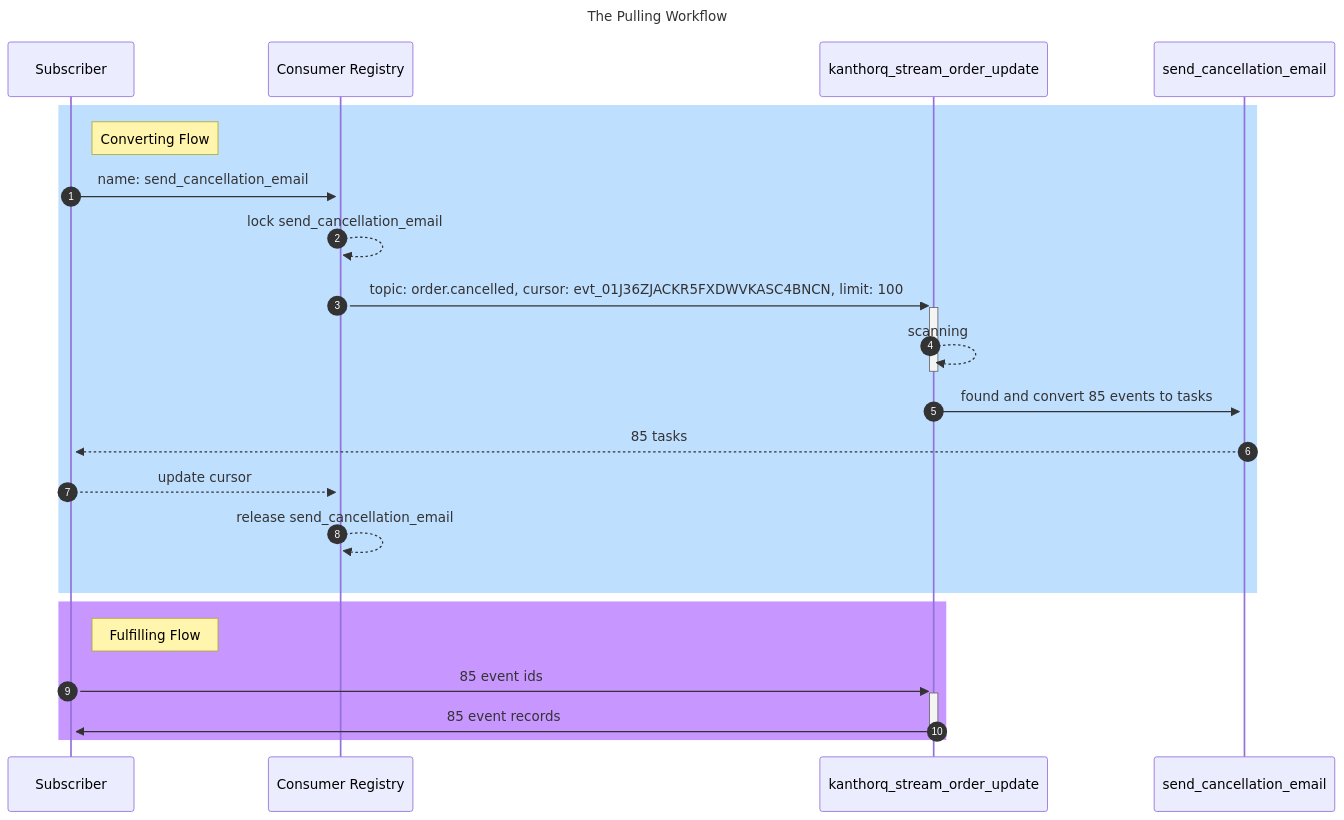
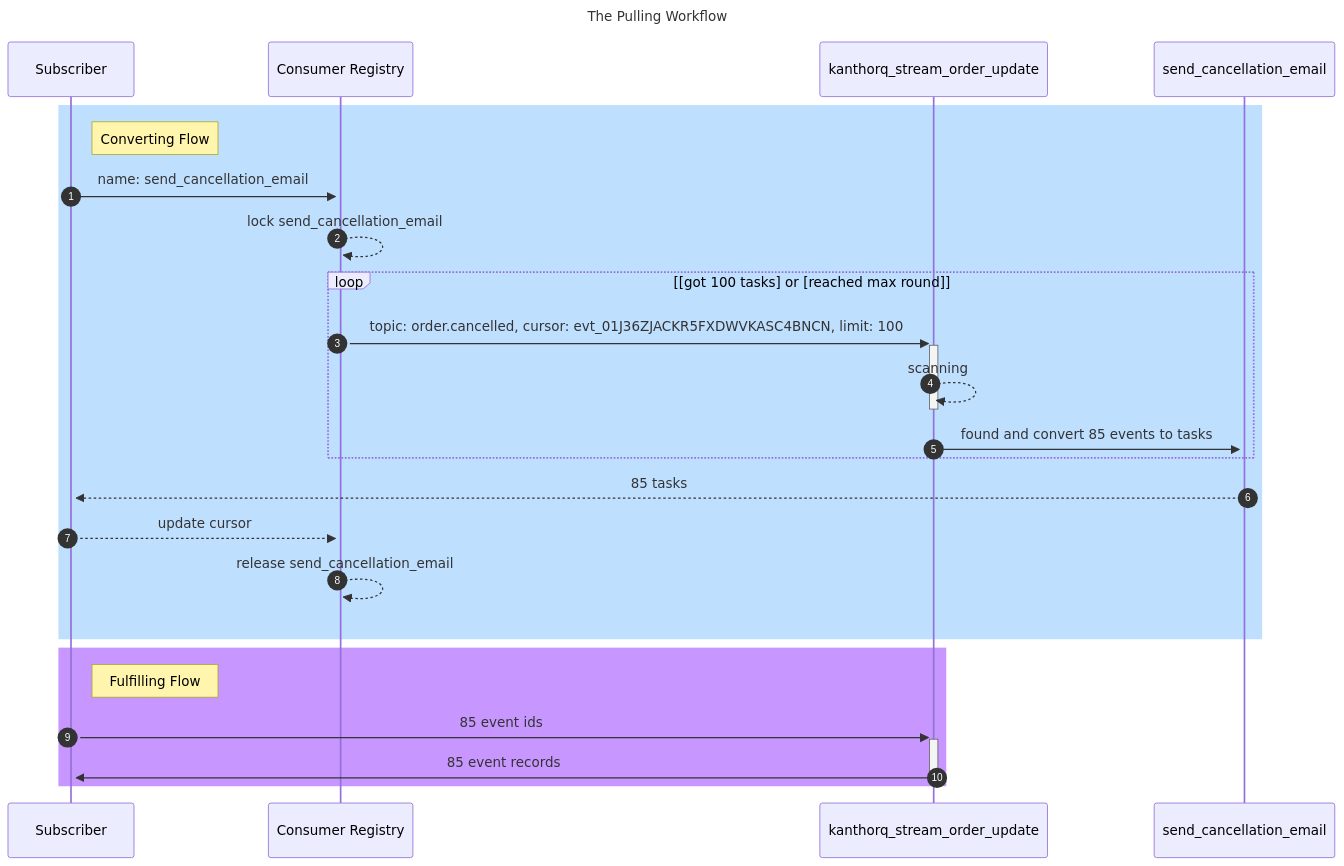
One commit to kanthorlabs/kanthorq changed the first of 2 diagrams in website/docs/002-concepts/007-subscriber.md. Above: the diagram before and after it, drawn with Mermaid. The commit also changed 1101 other files, not shown here.

````diff
--- a/website/docs/002-concepts/007-subscriber.md
+++ b/website/docs/002-concepts/007-subscriber.md
@@ -15,32 +15,33 @@
 ```mermaid
 ---
 title: The Pulling Workflow
 ---
 sequenceDiagram
   autonumber
 
   rect rgb(191, 223, 255)
   note right of Subscriber: Converting Flow
 
   Subscriber ->> +Consumer Registry: name: send_cancellation_email
   Consumer Registry -->> Consumer Registry: lock send_cancellation_email
-
-  Consumer Registry ->> +kanthorq_stream_order_update: topic: order.cancelled, cursor: evt_01J36ZJACKR5FXDWVKASC4BNCN, limit: 100
-  kanthorq_stream_order_update -->> -kanthorq_stream_order_update: scanning
-  kanthorq_stream_order_update ->> +send_cancellation_email: found and convert 85 events to tasks
+  loop [got 100 tasks] or [reached max round]
+    Consumer Registry ->> +kanthorq_stream_order_update: topic: order.cancelled, cursor: evt_01J36ZJACKR5FXDWVKASC4BNCN, limit: 100
+    kanthorq_stream_order_update -->> -kanthorq_stream_order_update: scanning
+    kanthorq_stream_order_update ->> +send_cancellation_email: found and convert 85 events to tasks
+  end
 
   send_cancellation_email -->> +Subscriber: 85 tasks
   Subscriber -->> Consumer Registry: update cursor
   Consumer Registry -->> Consumer Registry: release send_cancellation_email
 
   end
 
   rect rgb(200, 150, 255)
   note right of Subscriber: Fulfilling Flow
 
   Subscriber ->> +kanthorq_stream_order_update: 85 event ids
   kanthorq_stream_order_update ->> -Subscriber: 85 event records
   end
 
 
 ```
````
